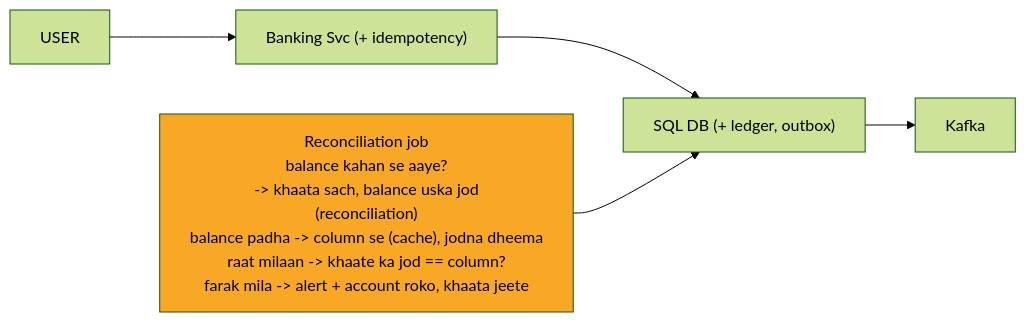
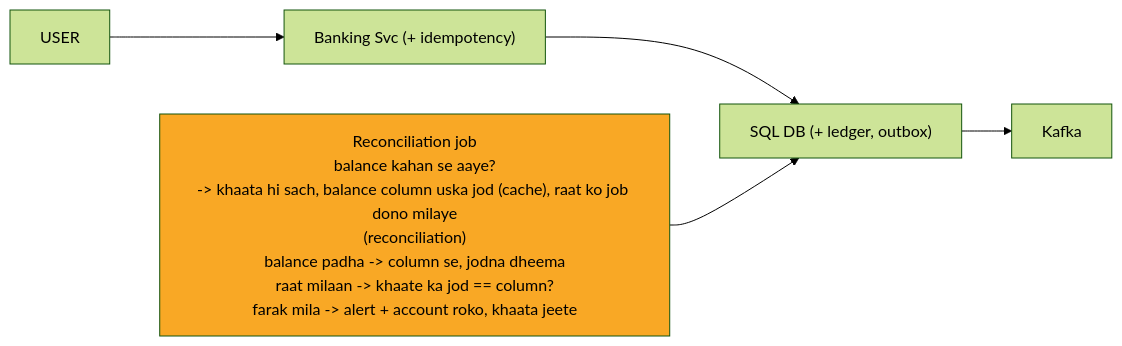
Before and after one commit to ArpanMaheshwari144/Prep: the seventh of 13 diagrams in 04_HLD/SYSTEM_DESIGNS/13_banking_system/13_banking_system.md, drawn with Mermaid (forest theme). The commit also changed other lines of this file and 13 other files, not shown here.

````diff
--- a/04_HLD/SYSTEM_DESIGNS/13_banking_system/13_banking_system.md
+++ b/04_HLD/SYSTEM_DESIGNS/13_banking_system/13_banking_system.md
@@ -234,14 +233,14 @@
 ```mermaid
 %%{init: {"flowchart": {"wrappingWidth": 450}}}%%
 flowchart LR
     n_USER["USER"]
     n_SVC["Banking Svc (+ idempotency)"]
     n_DB["SQL DB (+ ledger, outbox)"]
     n_K["Kafka"]
-    n_REC["Reconciliation job<br/>balance kahan se aaye?<br/>-> khaata sach, balance uska jod<br/>(reconciliation)<br/>balance padha -> column se (cache), jodna dheema<br/>raat milaan -> khaate ka jod == column?<br/>farak mila -> alert + account roko, khaata jeete"]
+    n_REC["Reconciliation job<br/>balance kahan se aaye?<br/>-> khaata hi sach, balance column uska jod (cache), raat ko job dono milaye<br/>(reconciliation)<br/>balance padha -> column se, jodna dheema<br/>raat milaan -> khaate ka jod == column?<br/>farak mila -> alert + account roko, khaata jeete"]
     n_USER --> n_SVC
     n_SVC --> n_DB
     n_DB --> n_K
     n_REC --> n_DB
     style n_REC fill:#f9a825,color:#000
 ```
````
